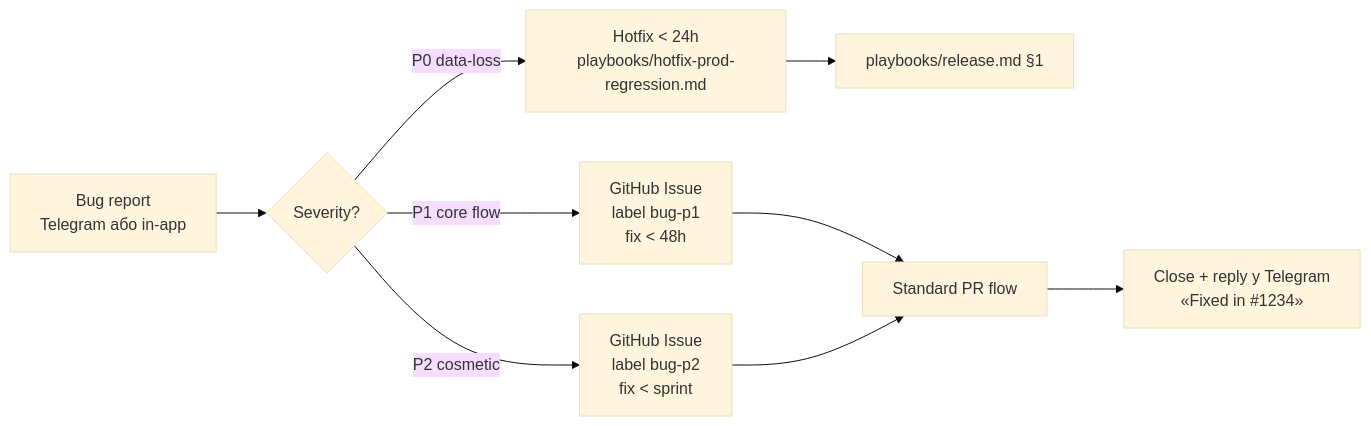
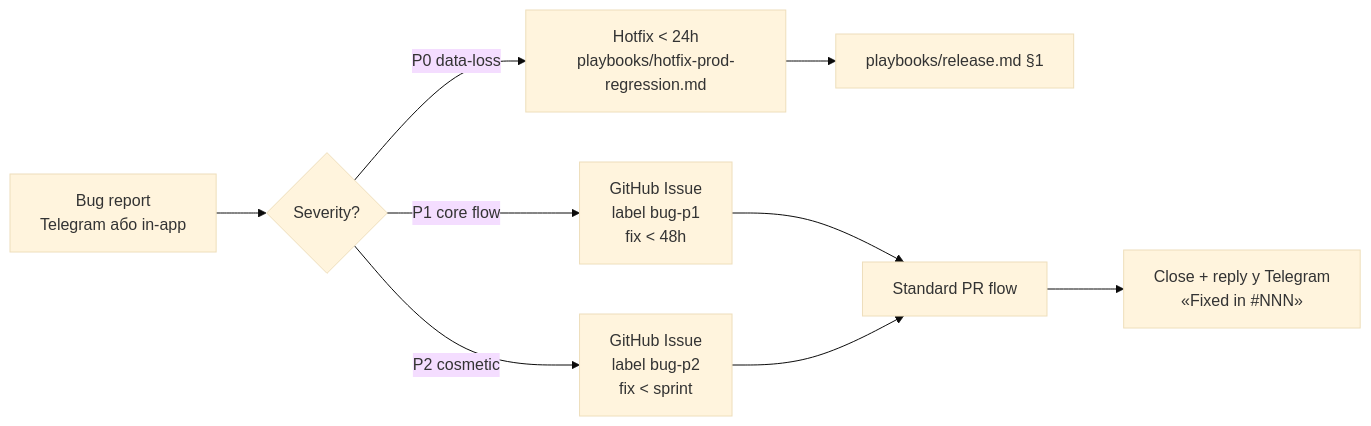
The diagram in docs/01-product/launch/phases/01-web-launch-with-users.md (SkOrDs-02/sergeant), drawn with Mermaid (base theme) before and after one commit. The commit also changed other lines of this file and 3 other files, not shown here.

````diff
--- a/docs/01-product/launch/phases/01-web-launch-with-users.md
+++ b/docs/01-product/launch/phases/01-web-launch-with-users.md
@@ -546,11 +546,11 @@
 ```mermaid
 flowchart LR
   REP[Bug report\nTelegram або in-app] --> TRIAGE{Severity?}
   TRIAGE -->|P0 data-loss| HOTFIX[Hotfix < 24h\nplaybooks/hotfix-prod-regression.md]
   TRIAGE -->|P1 core flow| ISSUE[GitHub Issue\nlabel bug-p1\nfix < 48h]
   TRIAGE -->|P2 cosmetic| ISSUE2[GitHub Issue\nlabel bug-p2\nfix < sprint]
   HOTFIX --> RELEASE[playbooks/release.md §1]
   ISSUE --> PR[Standard PR flow]
   ISSUE2 --> PR
-  PR --> CLOSE[Close + reply у Telegram\n«Fixed in #1234»]
+  PR --> CLOSE[Close + reply у Telegram\n«Fixed in #NNN»]
 ```
````
